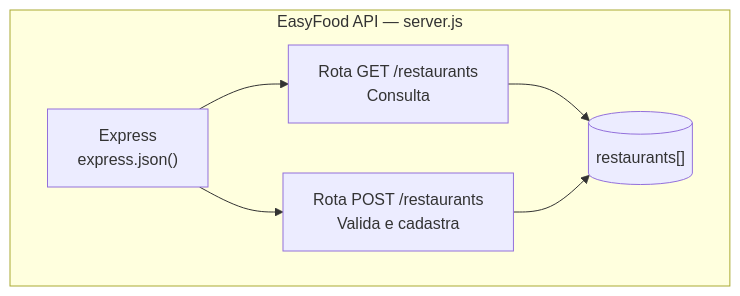
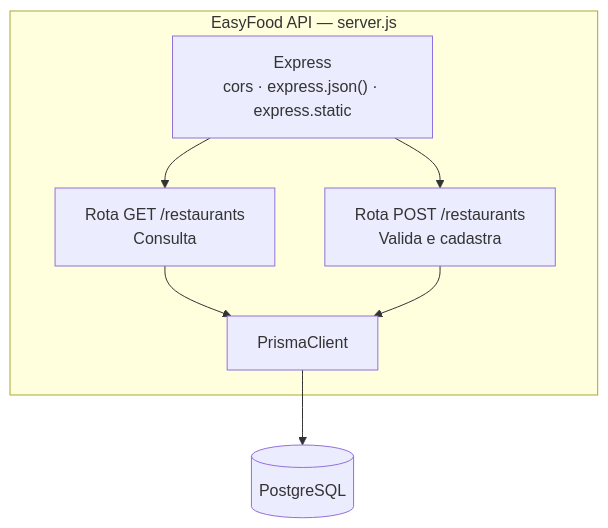
The third of 3 diagrams in docs/arquitetura/c4-model.md (RafaellosAO10/projeto_easyfood_arquitetura_de_software), drawn with Mermaid before and after one commit. The commit also changed other lines of this file and 2 other files, not shown here.

````diff
--- a/docs/arquitetura/c4-model.md
+++ b/docs/arquitetura/c4-model.md
@@ -40,14 +46,16 @@
 ```mermaid
 flowchart TB
     subgraph api["EasyFood API — server.js"]
-        express["Express<br/>express.json()"]
+        express["Express<br/>cors · express.json() · express.static"]
         get["Rota GET /restaurants<br/>Consulta"]
         post["Rota POST /restaurants<br/>Valida e cadastra"]
-        array[("restaurants[]")]
+        client["PrismaClient"]
     end
+    db[("PostgreSQL")]
 
     express --> get
     express --> post
-    get --> array
-    post --> array
+    get --> client
+    post --> client
+    client --> db
 ```
````
